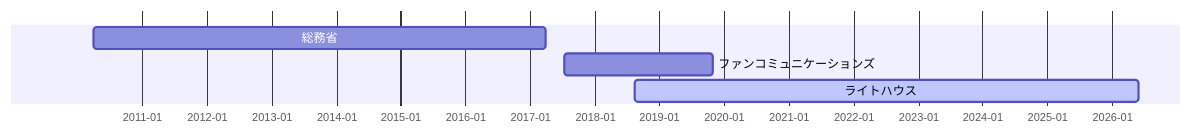
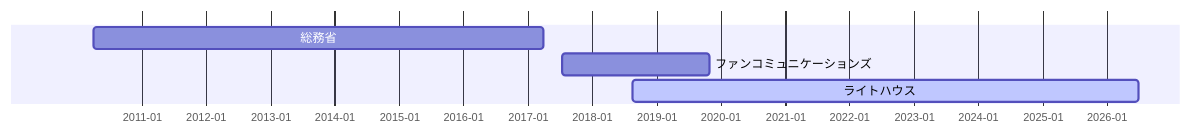
One commit to iHideck/resume changed the diagram in README.md. Above: the diagram before and after it, drawn with Mermaid.

Commit message:
Update end date for job in README

````diff
--- a/README.md
+++ b/README.md
@@ -22,9 +22,9 @@
 ```mermaid
 gantt
     dateFormat YYYY-MM-DD
     axisFormat  %Y-%m
     tickInterval 12month
     総務省 :job1, 2010-04-01,2017-03-31
     ファンコミュニケーションズ　:job2, 2017-07-15,2019-10-31
-    ライトハウス　: active, job3, 2018-08-15, 2026-05-31
+    ライトハウス　: active, job3, 2018-08-15, 2026-06-30
 ```
````
